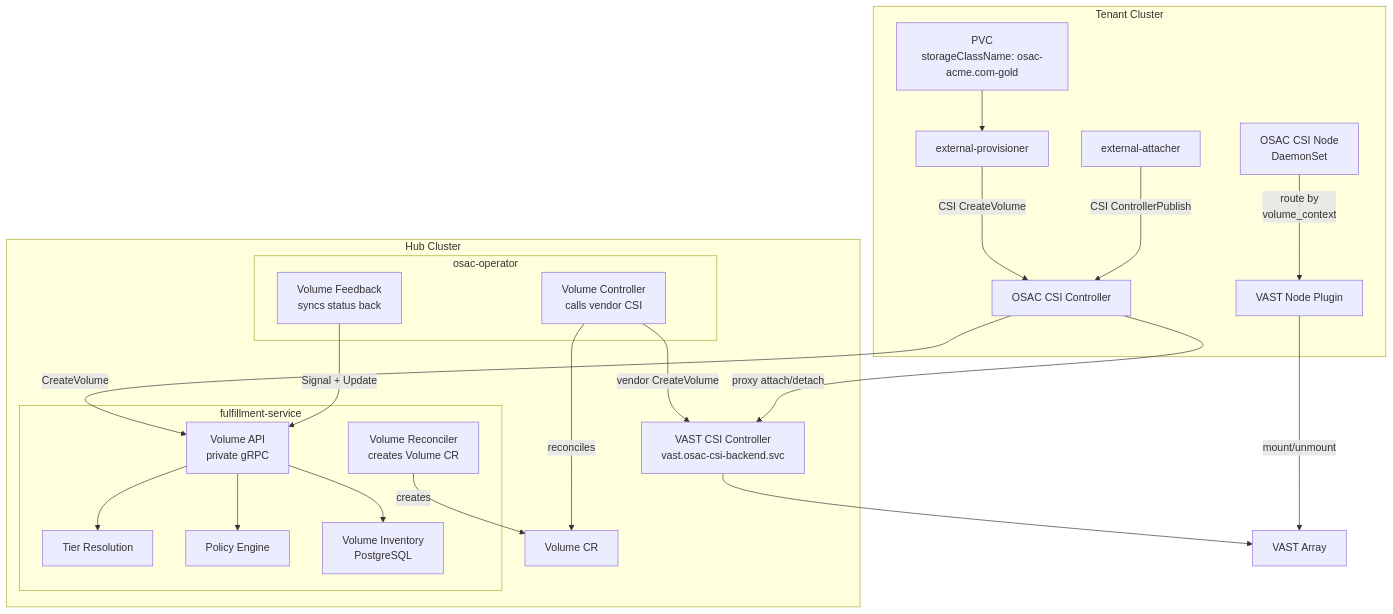
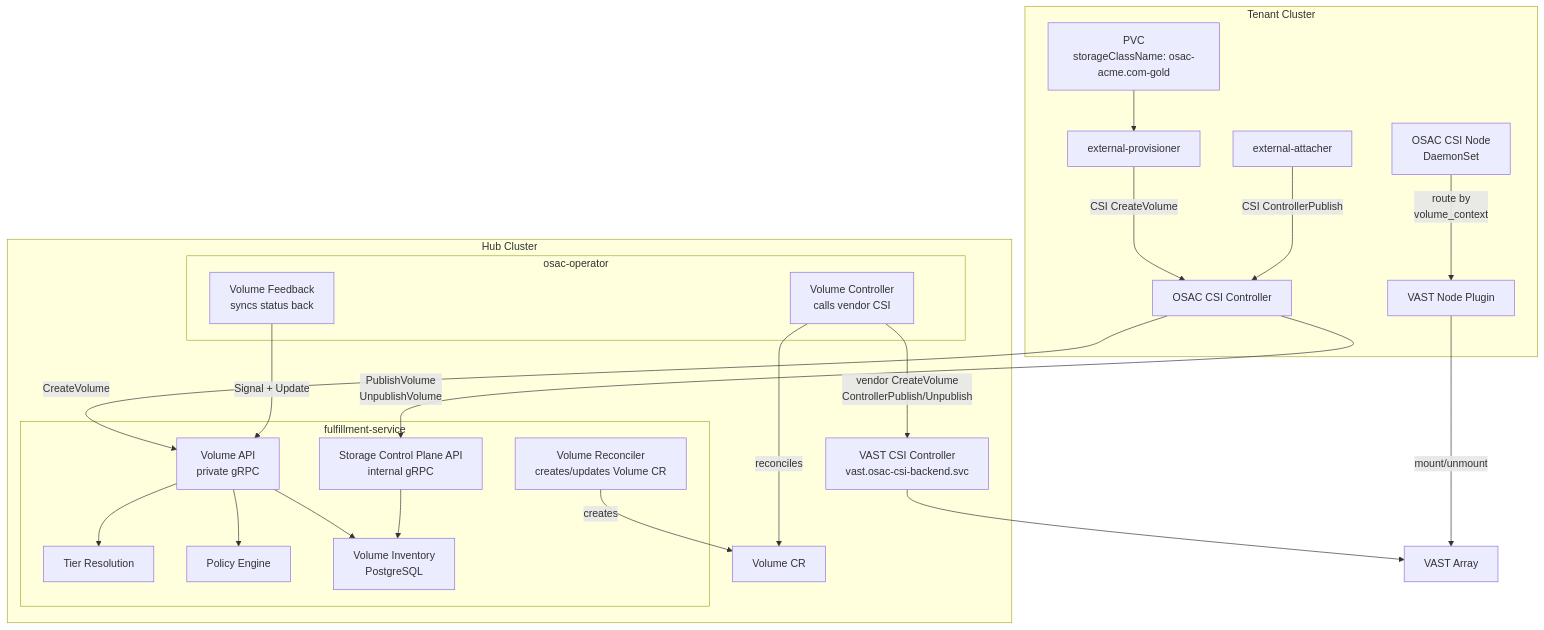
One commit to osac-project/enhancement-proposals changed the first of 6 diagrams in enhancements/OSAC-2872-storage-control-plane/design.md. Above: the diagram before and after it, drawn with Mermaid. The commit also changed other lines of this file, not shown here.

First line of the commit message:
OSAC-2872: route publish/unpublish through Storage Control Plane API

````diff
--- a/enhancements/OSAC-2872-storage-control-plane/design.md
+++ b/enhancements/OSAC-2872-storage-control-plane/design.md
@@ -68,47 +68,49 @@
 ```mermaid
 graph TB
     subgraph tenant["Tenant Cluster"]
         pvc["PVC<br/>storageClassName: osac-acme.com-gold"]
         ep["external-provisioner"]
         ea["external-attacher"]
         ctrl["OSAC CSI Controller"]
         node["OSAC CSI Node<br/>DaemonSet"]
         vendornode["VAST Node Plugin"]
     end
 
     subgraph hub["Hub Cluster"]
         subgraph fs["fulfillment-service"]
             volapi["Volume API<br/>private gRPC"]
+            cpapi["Storage Control Plane API<br/>internal gRPC"]
             tier["Tier Resolution"]
             policy["Policy Engine"]
             inv["Volume Inventory<br/>PostgreSQL"]
-            fsrec["Volume Reconciler<br/>creates Volume CR"]
+            fsrec["Volume Reconciler<br/>creates/updates Volume CR"]
         end
         volcr["Volume CR"]
         subgraph op["osac-operator"]
             volctrl["Volume Controller<br/>calls vendor CSI"]
             volfb["Volume Feedback<br/>syncs status back"]
         end
         vast["VAST CSI Controller<br/>vast.osac-csi-backend.svc"]
     end
 
     array["VAST Array"]
 
     pvc --> ep
     ep -->|"CSI CreateVolume"| ctrl
     ctrl -->|"CreateVolume"| volapi
     volapi --> tier
     volapi --> policy
     volapi --> inv
+    cpapi --> inv
     fsrec -->|"creates"| volcr
     volctrl -->|"reconciles"| volcr
-    volctrl -->|"vendor CreateVolume"| vast
+    volctrl -->|"vendor CreateVolume<br/>ControllerPublish/Unpublish"| vast
     vast --> array
     volfb -->|"Signal + Update"| volapi
 
     ea -->|"CSI ControllerPublish"| ctrl
-    ctrl -->|"proxy attach/detach"| vast
+    ctrl -->|"PublishVolume<br/>UnpublishVolume"| cpapi
 
     node -->|"route by<br/>volume_context"| vendornode
     vendornode -->|"mount/unmount"| array
 ```
````
